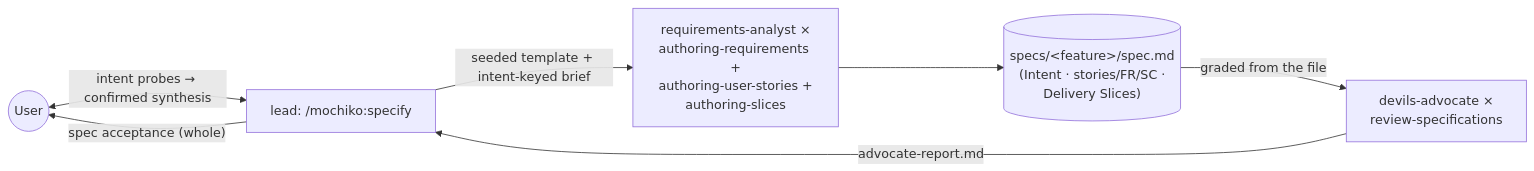
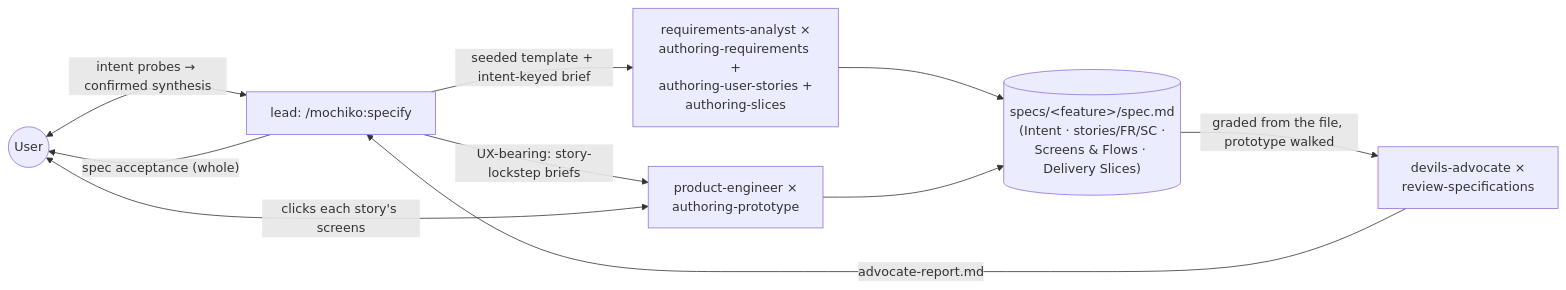
The fifth of 7 diagrams in ARCHITECTURE.md (humaninloop-dev/mochiko), drawn with Mermaid before and after one commit. The commit also changed other lines of this file and 20 other files, not shown here.

````diff
--- a/ARCHITECTURE.md
+++ b/ARCHITECTURE.md
@@ -173,12 +178,16 @@
 ```mermaid
 flowchart LR
   user(("User"))
   lead["lead: /mochiko:specify"]
   producer["requirements-analyst ×<br/>authoring-requirements +<br/>authoring-user-stories +<br/>authoring-slices"]
+  proto["product-engineer ×<br/>authoring-prototype"]
   critic["devils-advocate ×<br/>review-specifications"]
   user <-->|"intent probes → confirmed synthesis"| lead
   lead -->|"seeded template + intent-keyed brief"| producer
-  producer --> spec[("specs/&lt;feature&gt;/spec.md<br/>(Intent · stories/FR/SC ·<br/>Delivery Slices)")]
-  spec -->|"graded from the file"| critic -->|"advocate-report.md"| lead
+  lead -->|"UX-bearing: story-lockstep briefs"| proto
+  producer --> spec[("specs/&lt;feature&gt;/spec.md<br/>(Intent · stories/FR/SC ·<br/>Screens &amp; Flows · Delivery Slices)")]
+  proto --> spec
+  user <-->|"clicks each story's screens"| proto
+  spec -->|"graded from the file, prototype walked"| critic -->|"advocate-report.md"| lead
   lead -->|"spec acceptance (whole)"| user
 ```
````
